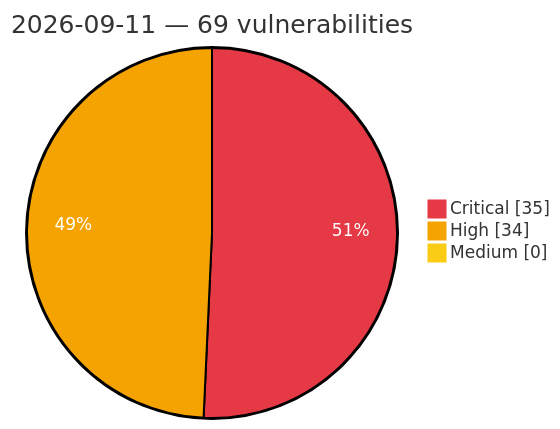
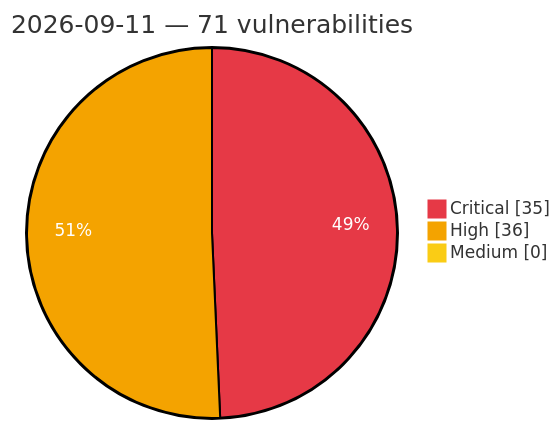
The diagram in vulnerabilities/2026/September/2026-09-11.md (GhostX0X/vuln-tracker), drawn with Mermaid before and after one commit. The commit also changed other lines of this file and 5 other files, not shown here.

````diff
--- a/vulnerabilities/2026/September/2026-09-11.md
+++ b/vulnerabilities/2026/September/2026-09-11.md
@@ -3,8 +3,8 @@
 ```mermaid
 %%{init: {'theme':'base', 'themeVariables': {'pie1':'#e63946', 'pie2':'#f4a300', 'pie3':'#facc15', 'pieOpacity':'1', 'pieOuterStrokeWidth':'2px', 'pieSectionTextColor':'#ffffff'}}}%%
 pie showData
-    title 2026-09-11 — 69 vulnerabilities
+    title 2026-09-11 — 71 vulnerabilities
     "Critical" : 35
-    "High" : 34
+    "High" : 36
     "Medium" : 0
 ```
````
